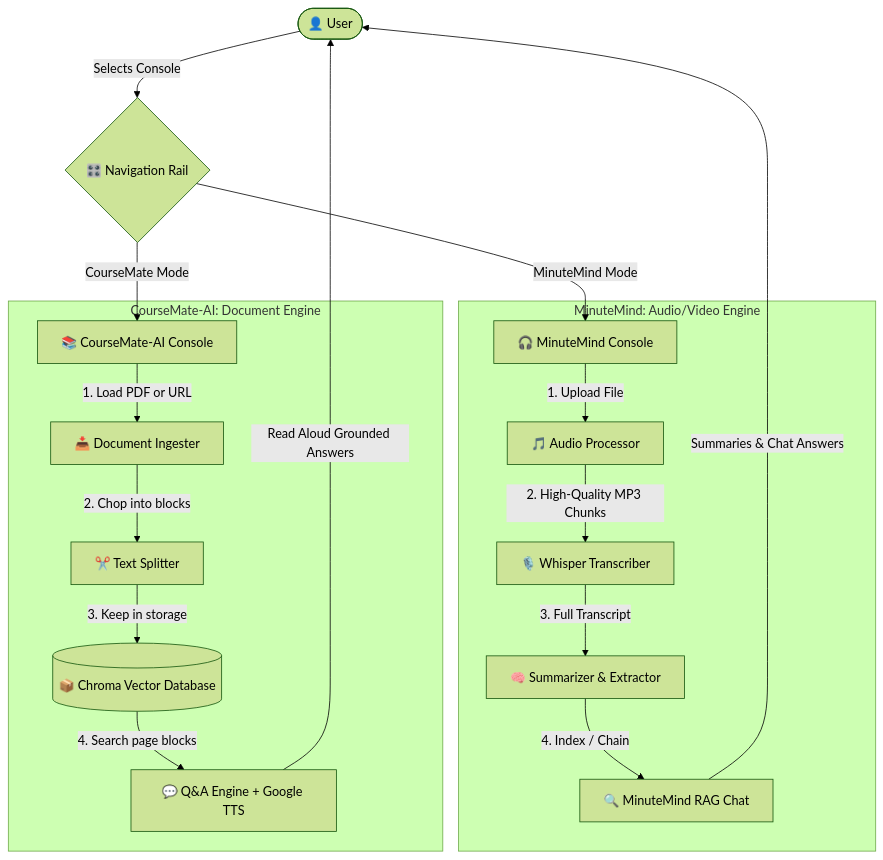
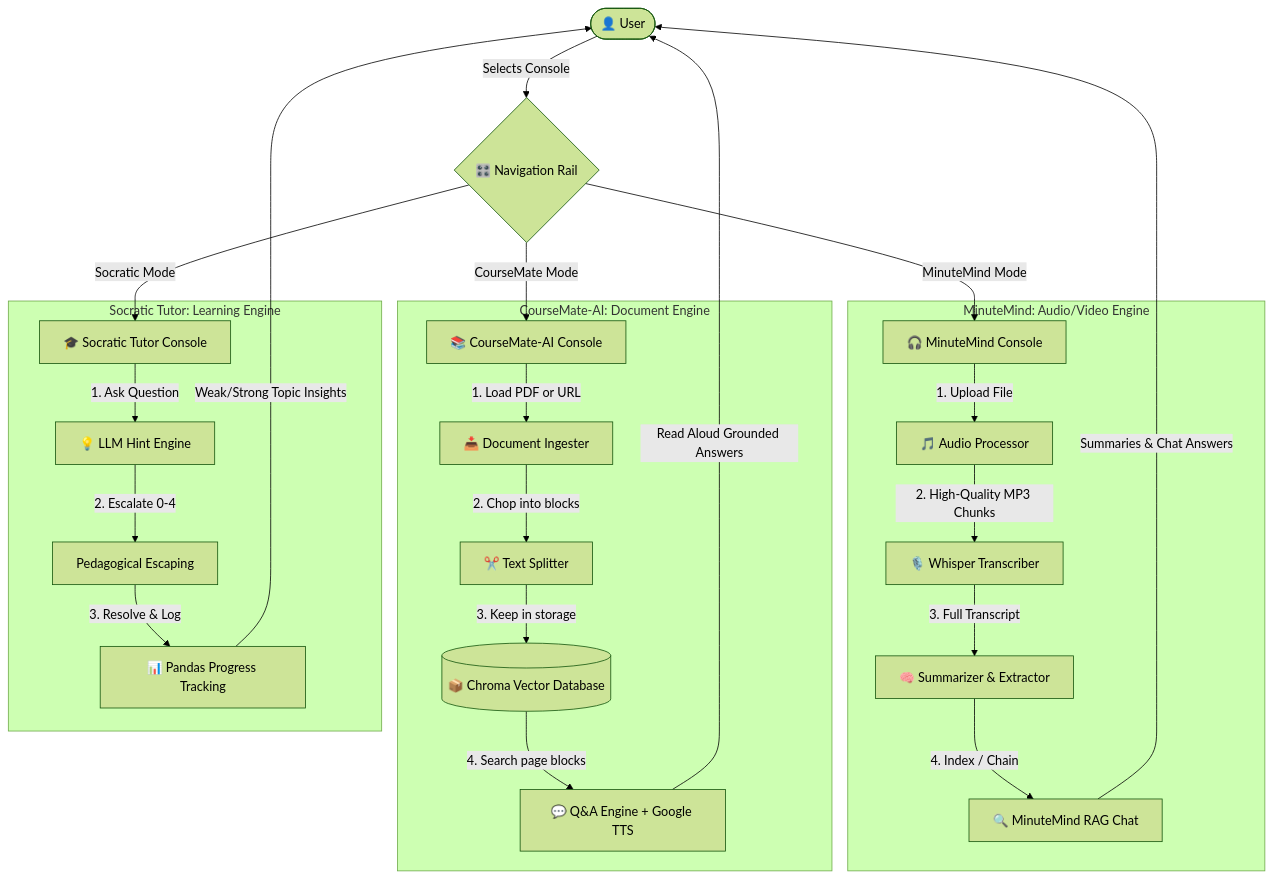
One commit to ag22042008/AI-SudentAssistant changed the diagram in README.md. Above: the diagram before and after it, drawn with Mermaid (forest theme). The commit also changed other lines of this file, not shown here.

First line of the commit message:
Add Socratic Tutor to Unified AI Hub description

````diff
--- a/README.md
+++ b/README.md
@@ -9,24 +9,32 @@
 ```mermaid
 graph TD
     User([👤 User]) -->|Selects Console| Sidebar{🎛️ Navigation Rail}
     
     Sidebar -->|MinuteMind Mode| MM[🎧 MinuteMind Console]
     Sidebar -->|CourseMate Mode| CM[📚 CourseMate-AI Console]
+    Sidebar -->|Socratic Mode| ST[🎓 Socratic Tutor Console]
 
     subgraph MinuteMind: Audio/Video Engine
         MM -->|1. Upload File| AP[🎵 Audio Processor]
         AP -->|2. High-Quality MP3 Chunks| T[🎙️ Whisper Transcriber]
         T -->|3. Full Transcript| SE[🧠 Summarizer & Extractor]
         SE -->|4. Index / Chain| RAG_MM[🔍 MinuteMind RAG Chat]
     end
 
     subgraph CourseMate-AI: Document Engine
         CM -->|1. Load PDF or URL| DI[📥 Document Ingester]
         DI -->|2. Chop into blocks| TS[✂️ Text Splitter]
         TS -->|3. Keep in storage| DB[(📦 Chroma Vector Database)]
         DB -->|4. Search page blocks| QA[💬 Q&A Engine + Google TTS]
     end
+
+    subgraph Socratic Tutor: Learning Engine
+        ST -->|1. Ask Question| HE[💡 LLM Hint Engine]
+        HE -->|2. Escalate 0-4| Hint[Pedagogical Escaping]
+        Hint -->|3. Resolve & Log| PT[📊 Pandas Progress Tracking]
+    end
     
     RAG_MM -->|Summaries & Chat Answers| User
     QA -->|Read Aloud Grounded Answers| User
+    PT -->|Weak/Strong Topic Insights| User
 ```
````
